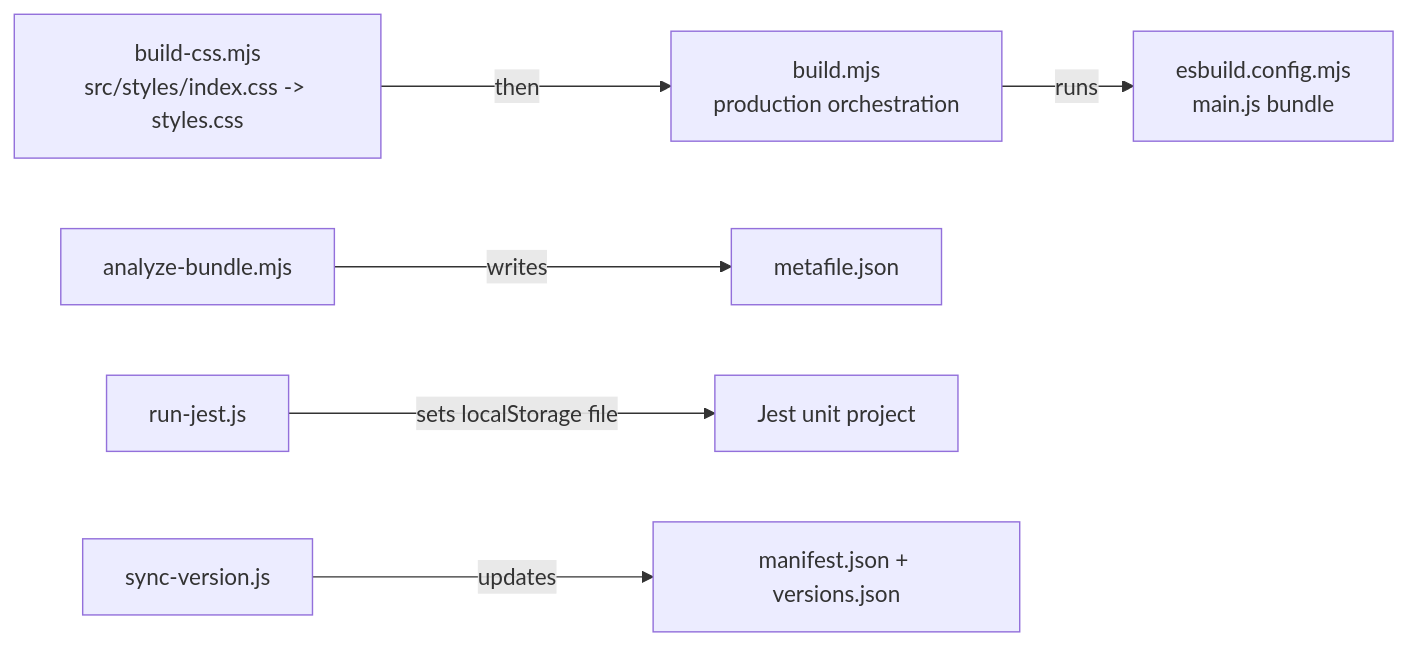
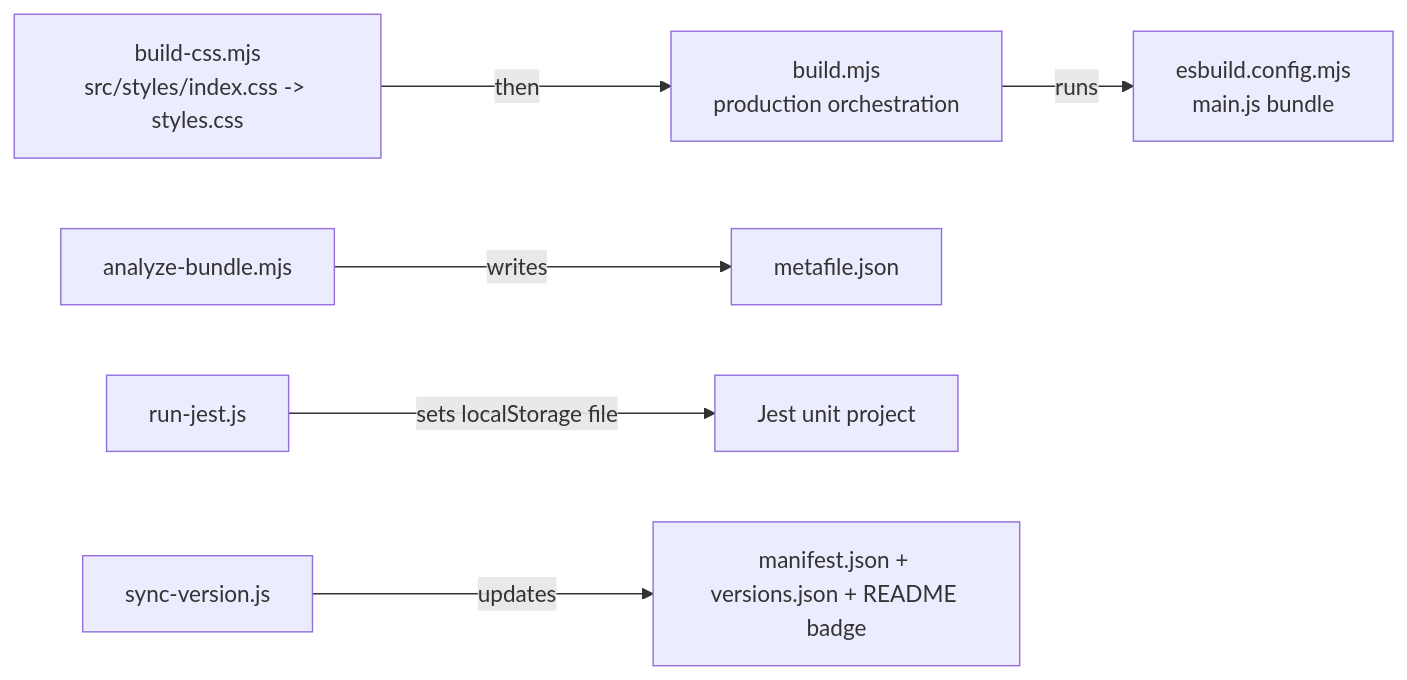
One commit to shuuul/obsidian-pivi changed the diagram in scripts/AGENTS.md. Above: the diagram before and after it, drawn with Mermaid. The commit also changed other lines of this file and 10 other files, not shown here.

````diff
--- a/scripts/AGENTS.md
+++ b/scripts/AGENTS.md
@@ -9,8 +9,8 @@
 ```mermaid
 flowchart LR
   CSS["build-css.mjs<br/>src/styles/index.css -> styles.css"] -- "then" --> Build["build.mjs<br/>production orchestration"]
   Build -- "runs" --> Esbuild["esbuild.config.mjs<br/>main.js bundle"]
   Analyze["analyze-bundle.mjs"] -- "writes" --> Meta["metafile.json"]
   Jest["run-jest.js"] -- "sets localStorage file" --> Tests["Jest unit project"]
-  Version["sync-version.js"] -- "updates" --> Manifest["manifest.json + versions.json"]
+  Version["sync-version.js"] -- "updates" --> Manifest["manifest.json + versions.json + README badge"]
 ```
````
